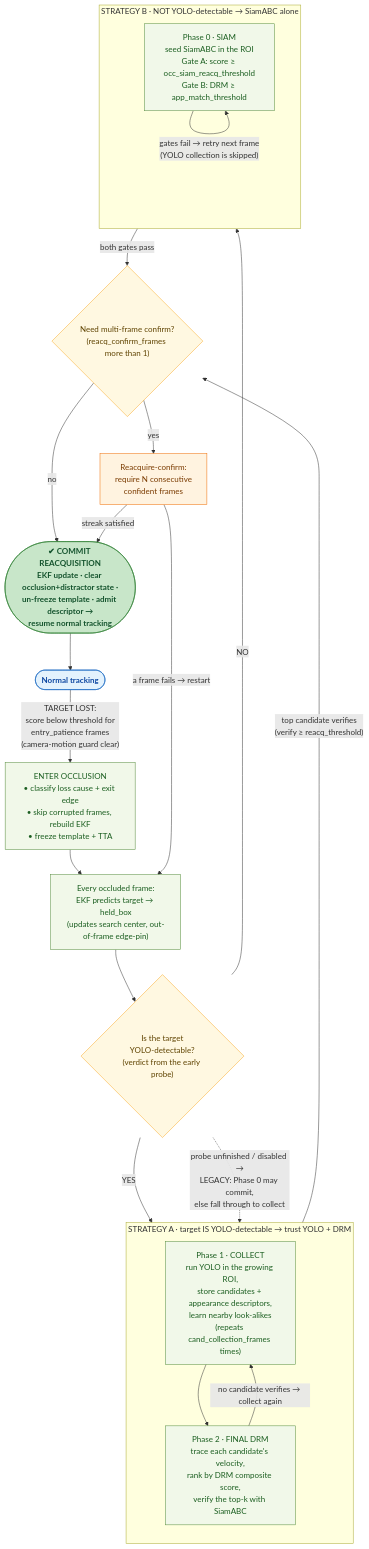
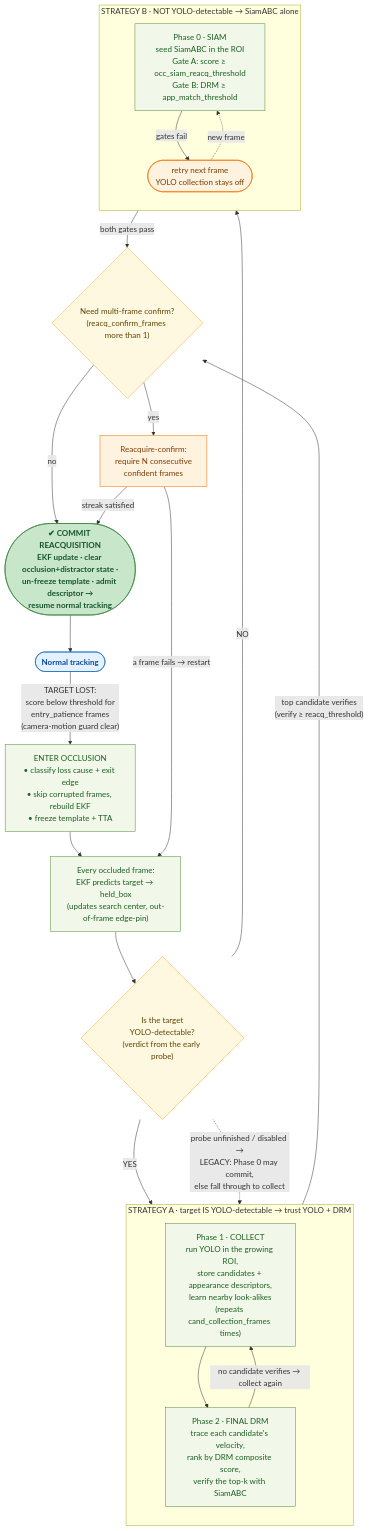
Before and after one commit to MohammedAhmed124/SiamRAM: the first of 3 diagrams in docs/SIAMRAM_THEORY_AND_ARCHITECTURE.md, drawn with Mermaid. The commit also changed other lines of this file and 1 other file, not shown here.

````diff
--- a/docs/SIAMRAM_THEORY_AND_ARCHITECTURE.md
+++ b/docs/SIAMRAM_THEORY_AND_ARCHITECTURE.md
@@ -455,45 +455,47 @@
 ```mermaid
 flowchart TB
   classDef boundary fill:#e3f2fd,stroke:#1565c0,color:#0d47a1,font-weight:bold
   classDef step fill:#f1f8e9,stroke:#558b3c,color:#1b5e20
   classDef choice fill:#fff8e1,stroke:#f9a825,color:#5f4300
   classDef hold fill:#fff3e0,stroke:#ef6c00,color:#7a3b00
   classDef done fill:#c8e6c9,stroke:#2e7d32,color:#14532d,font-weight:bold
 
   N(["Normal tracking"]):::boundary
   N -->|"TARGET LOST:<br/>score below threshold for<br/>entry_patience frames<br/>(camera-motion guard clear)"| ENTER
 
   ENTER["ENTER OCCLUSION<br/>• classify loss cause + exit edge<br/>• skip corrupted frames, rebuild EKF<br/>• freeze template + TTA"]:::step
   ENTER --> HK
   HK["Every occluded frame:<br/>EKF predicts target → held_box<br/>(updates search center, out-of-frame edge-pin)"]:::step
   HK --> STRAT{"Is the target<br/>YOLO-detectable?<br/>(verdict from the early probe)"}:::choice
 
   subgraph A["STRATEGY A · target IS YOLO-detectable → trust YOLO + DRM"]
     direction TB
     P1["Phase 1 · COLLECT<br/>run YOLO in the growing ROI,<br/>store candidates + appearance descriptors,<br/>learn nearby look-alikes<br/>(repeats cand_collection_frames times)"]:::step
     P2["Phase 2 · FINAL DRM<br/>trace each candidate's velocity,<br/>rank by DRM composite score,<br/>verify the top-k with SiamABC"]:::step
     P1 --> P2
     P2 -->|"no candidate verifies → collect again"| P1
   end
 
   subgraph B["STRATEGY B · NOT YOLO-detectable → SiamABC alone"]
     direction TB
     S0["Phase 0 · SIAM<br/>seed SiamABC in the ROI<br/>Gate A: score ≥ occ_siam_reacq_threshold<br/>Gate B: DRM ≥ app_match_threshold"]:::step
-    S0 -->|"gates fail → retry next frame<br/>(YOLO collection is skipped)"| S0
+    SRETRY(["retry next frame<br/>YOLO collection stays off"]):::hold
+    S0 -->|"gates fail"| SRETRY
+    SRETRY -.->|"new frame"| S0
   end
 
   STRAT -->|"YES"| P1
   STRAT -->|"NO"| S0
   STRAT -.->|"probe unfinished / disabled →<br/>LEGACY: Phase 0 may commit,<br/>else fall through to collect"| P1
 
   P2 -->|"top candidate verifies<br/>(verify ≥ reacq_threshold)"| CONF
   S0 -->|"both gates pass"| CONF
   CONF{"Need multi-frame confirm?<br/>(reacq_confirm_frames more than 1)"}:::choice
   CONF -->|"no"| COMMIT
   CONF -->|"yes"| RC["Reacquire-confirm:<br/>require N consecutive<br/>confident frames"]:::hold
   RC -->|"streak satisfied"| COMMIT
   RC -->|"a frame fails → restart"| HK
 
   COMMIT(["✔ COMMIT REACQUISITION<br/>EKF update · clear occlusion+distractor state ·<br/>un-freeze template · admit descriptor →<br/>resume normal tracking"]):::done
   COMMIT --> N
 ```
````
